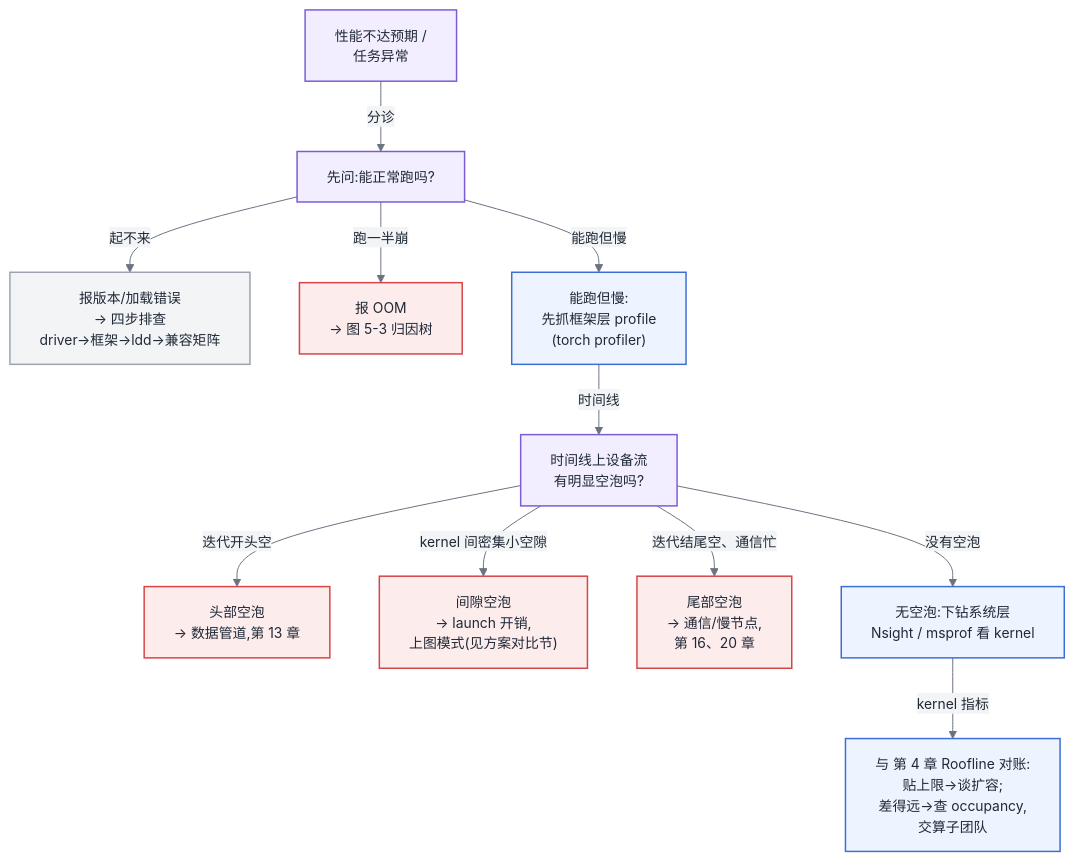
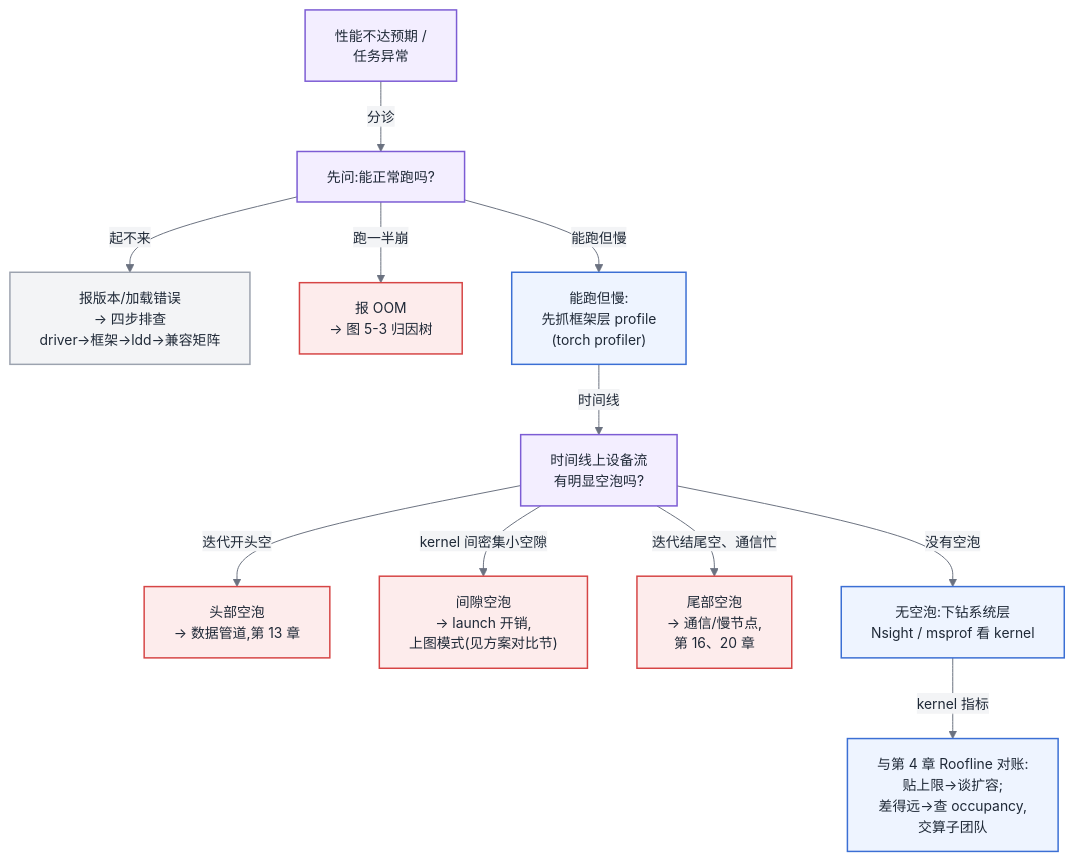
Before and after one commit to cdavid817/AI-Infra: the fourth of 4 diagrams in 第一部分-基础与心智模型/第05章-CUDA、CANN与加速器软件栈.md, drawn with Mermaid.

Commit message:
mermaid 图内清理残留空格

````diff
--- a/第一部分-基础与心智模型/第05章-CUDA、CANN与加速器软件栈.md
+++ b/第一部分-基础与心智模型/第05章-CUDA、CANN与加速器软件栈.md
@@ -269,35 +269,35 @@
 ```mermaid
 %%{init: {'theme':'base','themeVariables':{
   'primaryColor':'#EEF4FF','primaryBorderColor':'#3B6FD4','primaryTextColor':'#1F2937',
   'secondaryColor':'#F3F4F6','tertiaryColor':'#FFFFFF',
   'lineColor':'#6B7280','fontFamily':'-apple-system, Segoe UI, Helvetica, Arial, sans-serif','fontSize':'14px'
 }}}%%
 flowchart TB
     classDef ctrl fill:#F3EEFF,stroke:#7C5CD4,stroke-width:1.5px,color:#1F2937
     classDef compute fill:#EEF4FF,stroke:#3B6FD4,stroke-width:1.5px,color:#1F2937
     classDef bottleneck fill:#FDECEC,stroke:#D64545,stroke-width:1.5px,color:#1F2937
     classDef ext fill:#F3F4F6,stroke:#9CA3AF,stroke-width:1.5px,color:#1F2937
 
     S["性能不达预期 /<br/>任务异常"]:::ctrl
     Q0["先问:能正常跑吗?"]:::ctrl
-    V["报版本/加载错误<br/>→  四步排查<br/>driver→框架→ldd→兼容矩阵"]:::ext
+    V["报版本/加载错误<br/>→ 四步排查<br/>driver→框架→ldd→兼容矩阵"]:::ext
     M["报 OOM<br/>→ 图 5-3 归因树"]:::bottleneck
     Q1["能跑但慢:<br/>先抓框架层 profile<br/>(torch profiler)"]:::compute
     Q2["时间线上设备流<br/>有明显空泡吗?"]:::ctrl
     B1["头部空泡<br/>→ 数据管道,第 13 章"]:::bottleneck
     B2["间隙空泡<br/>→ launch 开销,<br/>上图模式(见方案对比节)"]:::bottleneck
     B3["尾部空泡<br/>→ 通信/慢节点,<br/>第 16、20 章"]:::bottleneck
     K["无空泡:下钻系统层<br/>Nsight / msprof 看 kernel"]:::compute
-    R["与 第 4 章 Roofline 对账:<br/>贴上限→谈扩容;<br/>差得远→查 occupancy,<br/>交算子团队"]:::compute
+    R["与第 4 章 Roofline 对账:<br/>贴上限→谈扩容;<br/>差得远→查 occupancy,<br/>交算子团队"]:::compute
 
     S -->|"分诊"| Q0
     Q0 -->|"起不来"| V
     Q0 -->|"跑一半崩"| M
     Q0 -->|"能跑但慢"| Q1
     Q1 -->|"时间线"| Q2
     Q2 -->|"迭代开头空"| B1
     Q2 -->|"kernel 间密集小空隙"| B2
     Q2 -->|"迭代结尾空、通信忙"| B3
     Q2 -->|"没有空泡"| K
     K -->|"kernel 指标"| R
 ```
````
